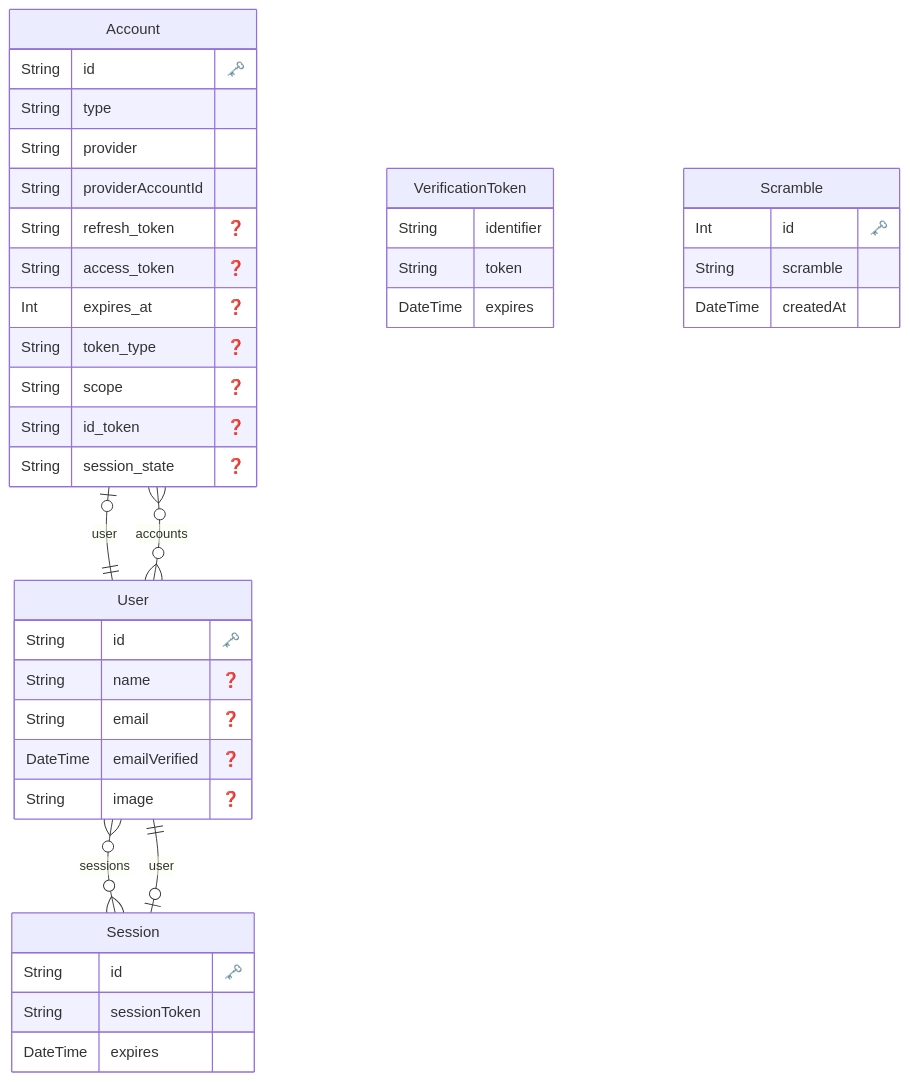
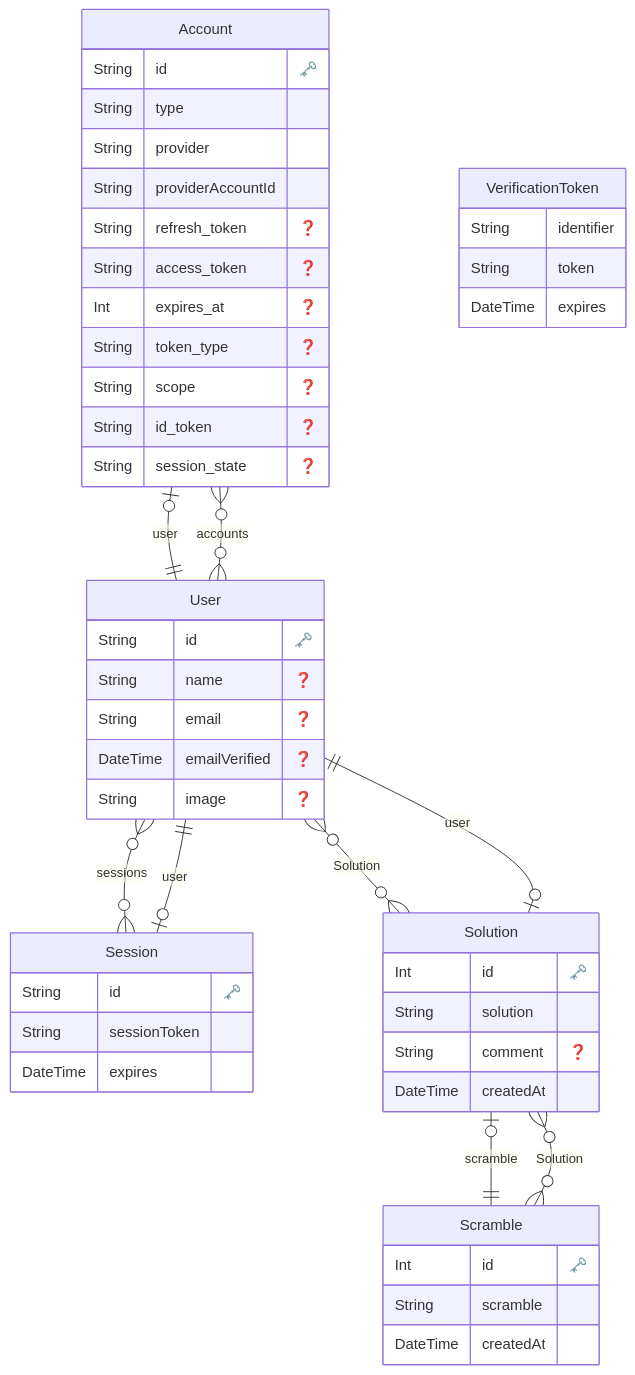
Before and after one commit to sKawashima/fmc-logger: the diagram in prisma/README.md, drawn with Mermaid. The commit also changed 2 other files, not shown here.

Commit message:
📝 docs(README.md): add "Solution" entity to the ER diagram in the README file
📄 add(prisma/migrations/20230803145218_add_solution_model/migration.sql): create migration file to add "Solution" model to the database schema

🔄 update(prisma/schema.prisma): add "Solution" model to the Prisma schema

````diff
--- a/prisma/README.md
+++ b/prisma/README.md
@@ -1,52 +1,64 @@
 ```mermaid
 erDiagram
 
   "Account" {
     String id "🗝️"
     String type
     String provider
     String providerAccountId
     String refresh_token "❓"
     String access_token "❓"
     Int expires_at "❓"
     String token_type "❓"
     String scope "❓"
     String id_token "❓"
     String session_state "❓"
     }
 
 
   "Session" {
     String id "🗝️"
     String sessionToken
     DateTime expires
     }
 
 
   "User" {
     String id "🗝️"
     String name "❓"
     String email "❓"
     DateTime emailVerified "❓"
     String image "❓"
     }
 
 
   "VerificationToken" {
     String identifier
     String token
     DateTime expires
     }
 
 
   "Scramble" {
     Int id "🗝️"
     String scramble
     DateTime createdAt
     }
 
+
+  "Solution" {
+    Int id "🗝️"
+    String solution
+    String comment "❓"
+    DateTime createdAt
+    }
+
     "Account" o|--|| "User" : "user"
     "Session" o|--|| "User" : "user"
     "User" o{--}o "Account" : "accounts"
     "User" o{--}o "Session" : "sessions"
+    "User" o{--}o "Solution" : "Solution"
+    "Scramble" o{--}o "Solution" : "Solution"
+    "Solution" o|--|| "Scramble" : "scramble"
+    "Solution" o|--|| "User" : "user"
 ```
````
